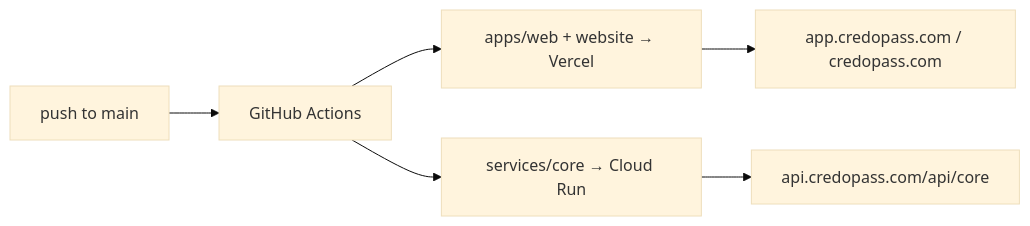
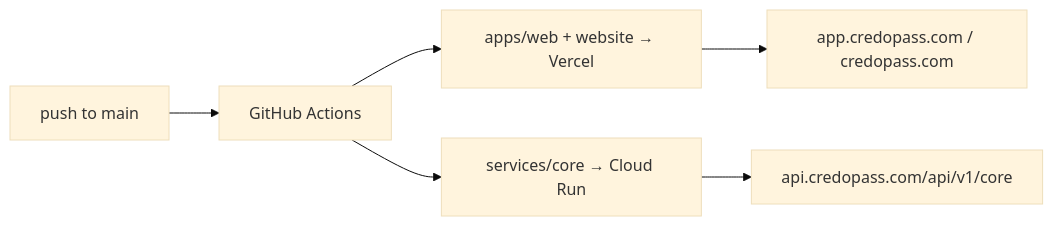
The fourth of 4 diagrams in README.md (codewreaker/credopass), drawn with Mermaid (base theme) before and after one commit. The commit also changed other lines of this file and 101 other files, not shown here.

````diff
--- a/README.md
+++ b/README.md
@@ -313,8 +313,8 @@
 ```mermaid
 flowchart LR
     Push["push to main"] --> GH["GitHub Actions"]
     GH --> V["apps/web + website → Vercel"]
     GH --> CR["services/core → Cloud Run"]
     V --> App["app.credopass.com / credopass.com"]
-    CR --> Api["api.credopass.com/api/core"]
+    CR --> Api["api.credopass.com/api/v1/core"]
 ```
````
